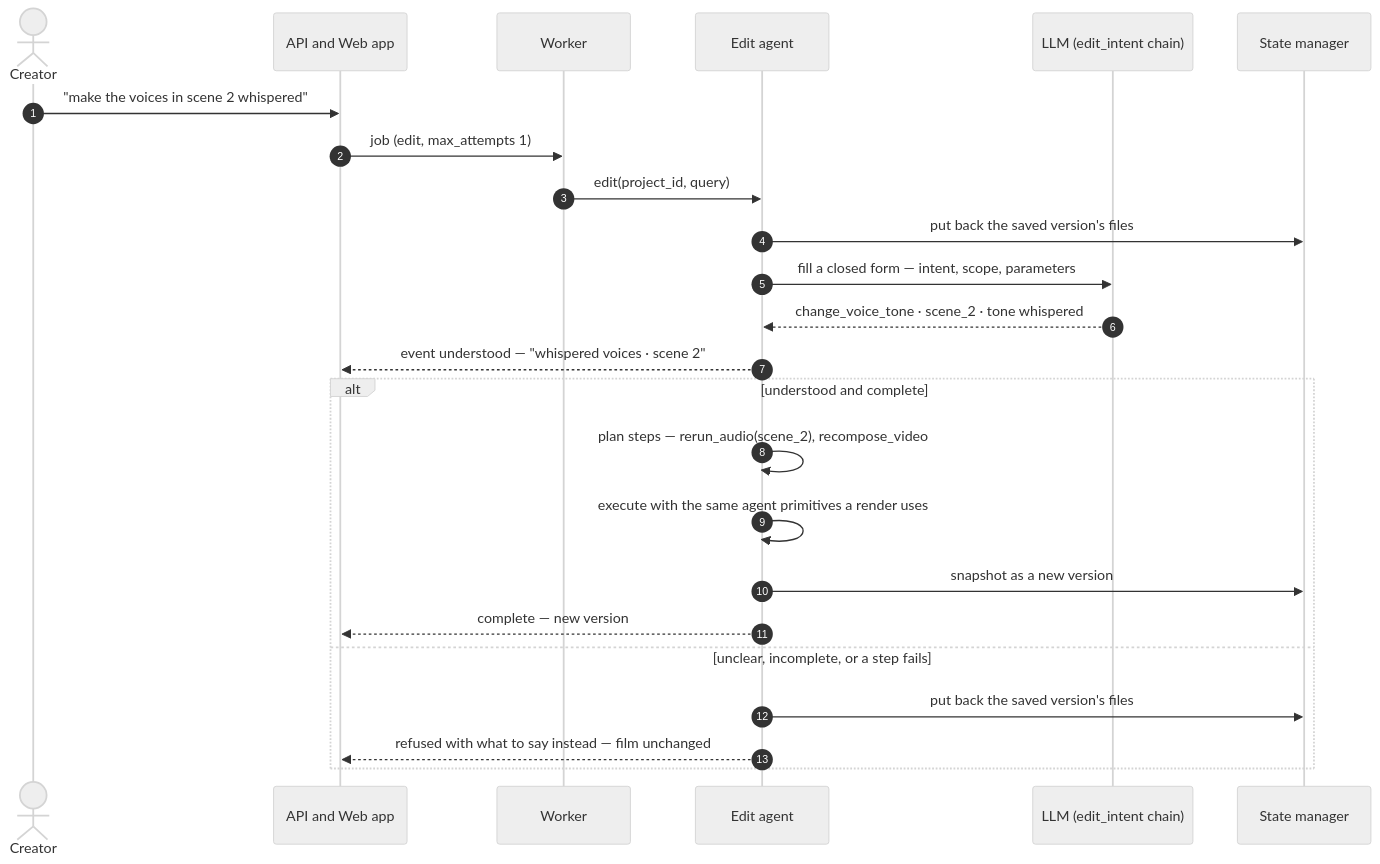
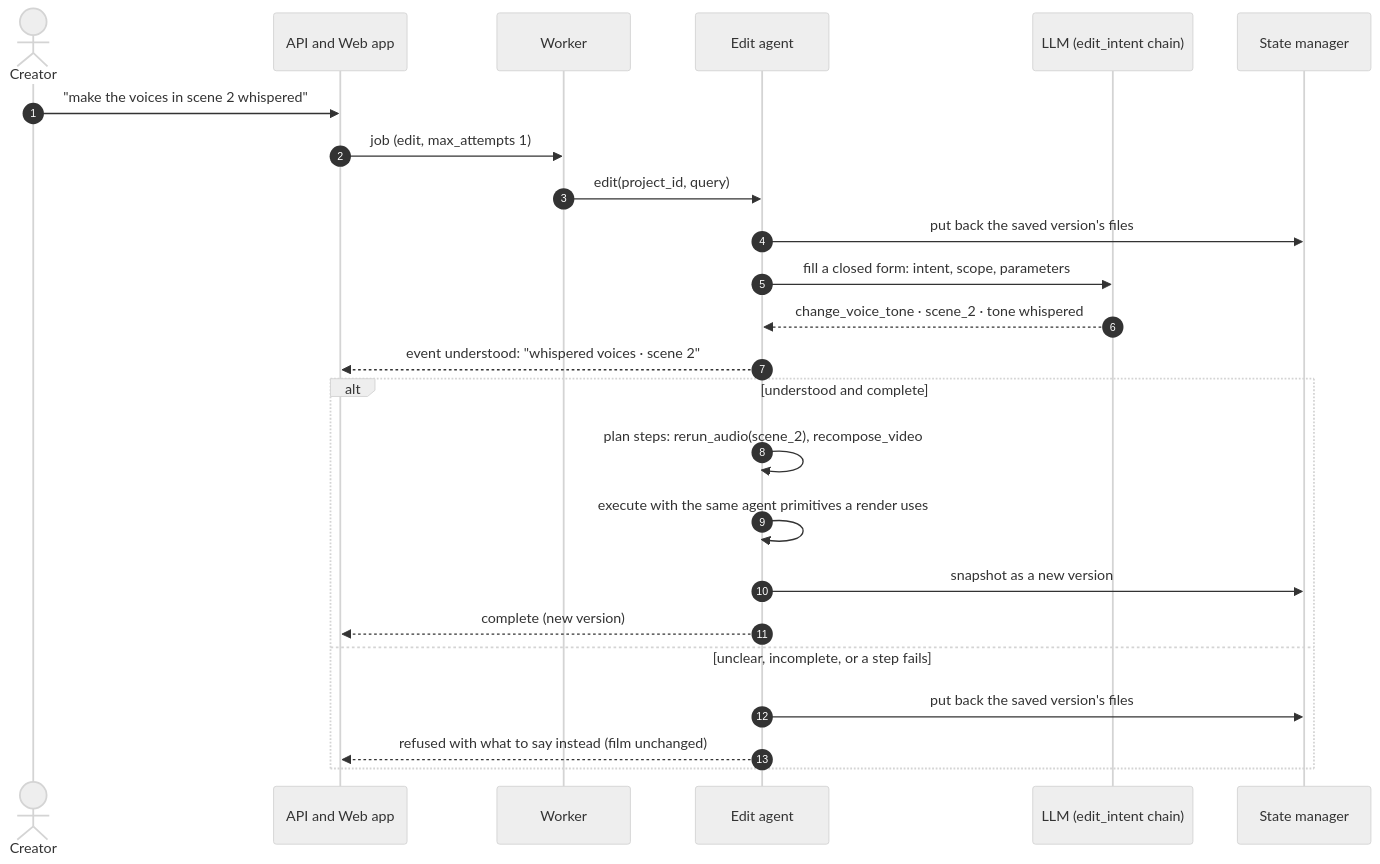
The fifth of 10 diagrams in docs/ARCHITECTURE.md (SaadAbdullaH3/Automated-Story-Generation), drawn with Mermaid (neutral theme) before and after one commit. The commit also changed other lines of this file and 16 other files, not shown here.

````diff
--- a/docs/ARCHITECTURE.md
+++ b/docs/ARCHITECTURE.md
@@ -247,27 +247,27 @@
 ```mermaid
 sequenceDiagram
     autonumber
     actor C as Creator
     participant A as API and Web app
     participant K as Worker
     participant E as Edit agent
     participant M as LLM (edit_intent chain)
     participant S as State manager
 
     C->>A: "make the voices in scene 2 whispered"
     A->>K: job (edit, max_attempts 1)
     K->>E: edit(project_id, query)
     E->>S: put back the saved version's files
-    E->>M: fill a closed form — intent, scope, parameters
+    E->>M: fill a closed form: intent, scope, parameters
     M-->>E: change_voice_tone · scene_2 · tone whispered
-    E-->>A: event understood — "whispered voices · scene 2"
+    E-->>A: event understood: "whispered voices · scene 2"
     alt understood and complete
-        E->>E: plan steps — rerun_audio(scene_2), recompose_video
+        E->>E: plan steps: rerun_audio(scene_2), recompose_video
         E->>E: execute with the same agent primitives a render uses
         E->>S: snapshot as a new version
-        E-->>A: complete — new version
+        E-->>A: complete (new version)
     else unclear, incomplete, or a step fails
         E->>S: put back the saved version's files
-        E-->>A: refused with what to say instead — film unchanged
+        E-->>A: refused with what to say instead (film unchanged)
     end
 ```
````
